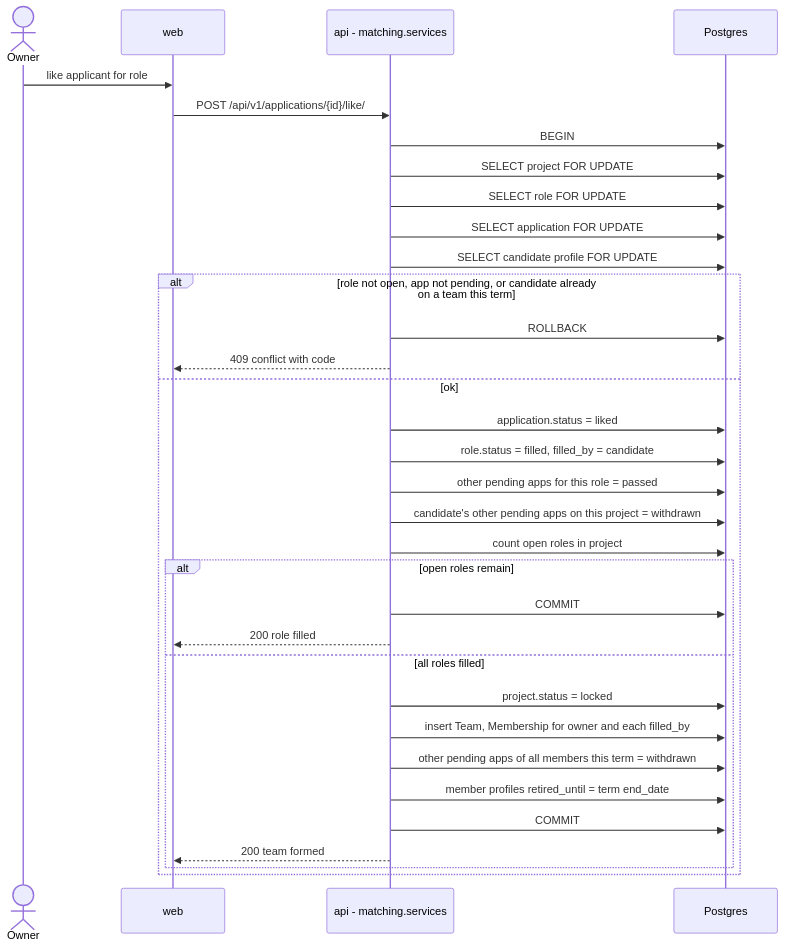
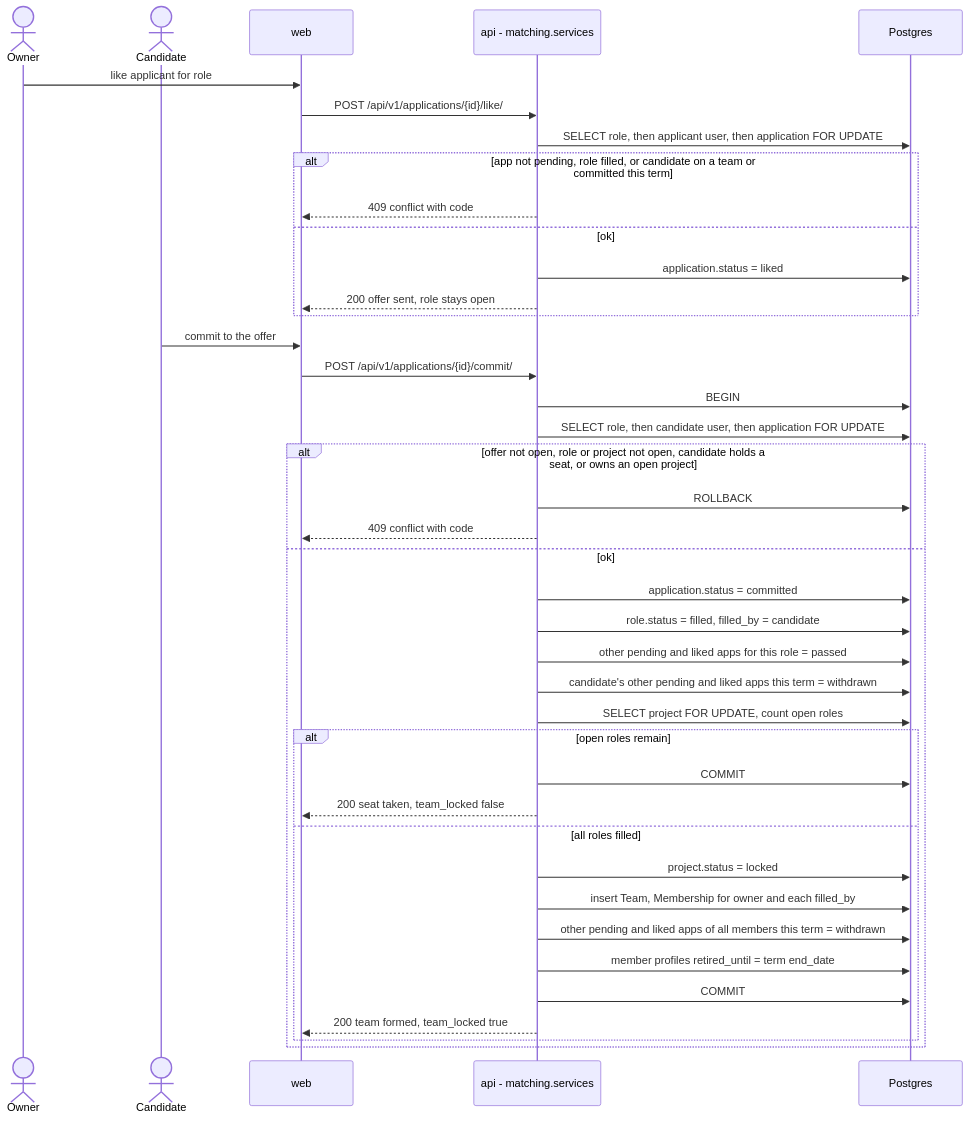
The fourth of 6 diagrams in docs/architecture/flows.md (season101/teammatch), drawn with Mermaid before and after one commit. The commit also changed other lines of this file and 21 other files, not shown here.

First line of the commit message:
feat(matching): commit to one offer (F4-10) (#216)

````diff
--- a/docs/architecture/flows.md
+++ b/docs/architecture/flows.md
@@ -112,36 +112,44 @@
 ```mermaid
 sequenceDiagram
     actor O as Owner
+    actor C as Candidate
     participant W as web
     participant A as api - matching.services
     participant DB as Postgres
 
     O->>W: like applicant for role
     W->>A: POST /api/v1/applications/{id}/like/
+    A->>DB: SELECT role, then applicant user, then application FOR UPDATE
+    alt app not pending, role filled, or candidate on a team or committed this term
+        A-->>W: 409 conflict with code
+    else ok
+        A->>DB: application.status = liked
+        A-->>W: 200 offer sent, role stays open
+    end
+
+    C->>W: commit to the offer
+    W->>A: POST /api/v1/applications/{id}/commit/
     A->>DB: BEGIN
-    A->>DB: SELECT project FOR UPDATE
-    A->>DB: SELECT role FOR UPDATE
-    A->>DB: SELECT application FOR UPDATE
-    A->>DB: SELECT candidate profile FOR UPDATE
-    alt role not open, app not pending, or candidate already on a team this term
+    A->>DB: SELECT role, then candidate user, then application FOR UPDATE
+    alt offer not open, role or project not open, candidate holds a seat, or owns an open project
         A->>DB: ROLLBACK
         A-->>W: 409 conflict with code
     else ok
-        A->>DB: application.status = liked
+        A->>DB: application.status = committed
         A->>DB: role.status = filled, filled_by = candidate
-        A->>DB: other pending apps for this role = passed
-        A->>DB: candidate's other pending apps on this project = withdrawn
-        A->>DB: count open roles in project
+        A->>DB: other pending and liked apps for this role = passed
+        A->>DB: candidate's other pending and liked apps this term = withdrawn
+        A->>DB: SELECT project FOR UPDATE, count open roles
         alt open roles remain
             A->>DB: COMMIT
-            A-->>W: 200 role filled
+            A-->>W: 200 seat taken, team_locked false
         else all roles filled
             A->>DB: project.status = locked
             A->>DB: insert Team, Membership for owner and each filled_by
-            A->>DB: other pending apps of all members this term = withdrawn
+            A->>DB: other pending and liked apps of all members this term = withdrawn
             A->>DB: member profiles retired_until = term end_date
             A->>DB: COMMIT
-            A-->>W: 200 team formed
+            A-->>W: 200 team formed, team_locked true
         end
     end
 ```
````
